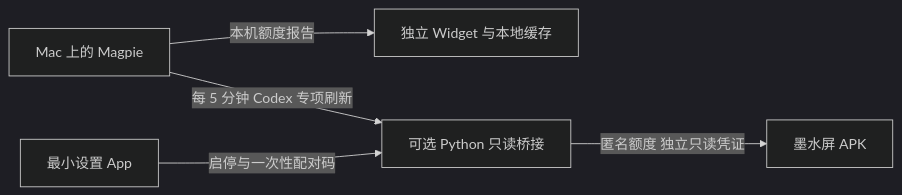
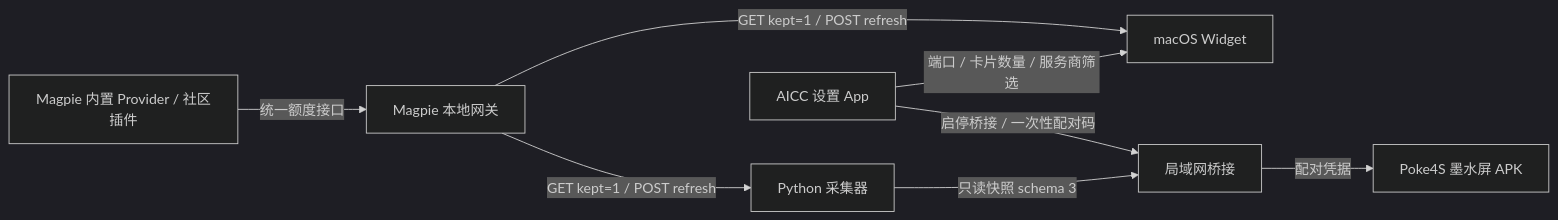
One commit to easonwong2026-del/AICC changed the diagram in docs/MAGPIE-MIGRATION.md. Above: the diagram before and after it, drawn with Mermaid (dark theme). The commit also changed other lines of this file and 44 other files, not shown here.

First line of the commit message:
feat: show every Magpie provider, not just Codex

````diff
--- a/docs/MAGPIE-MIGRATION.md
+++ b/docs/MAGPIE-MIGRATION.md
@@ -40,7 +43,10 @@
 ```mermaid
 flowchart LR
-  M[Mac 上的 Magpie] -->|本机额度报告| W[独立 Widget 与本地缓存]
-  M -->|每 5 分钟 Codex 专项刷新| B[可选 Python 只读桥接]
-  S[最小设置 App] -->|启停与一次性配对码| B
-  B -->|匿名额度 独立只读凭证| A[墨水屏 APK]
+  P[Magpie 内置 Provider / 社区插件] -->|统一额度接口| M[Magpie 本地网关]
+  M -->|GET kept=1 / POST refresh| W[macOS Widget]
+  M -->|GET kept=1 / POST refresh| C[Python 采集器]
+  C -->|只读快照 schema 3| B[局域网桥接]
+  B -->|配对凭据| A[Poke4S 墨水屏 APK]
+  S[AICC 设置 App] -->|端口 / 卡片数量 / 服务商筛选| W
+  S -->|启停桥接 / 一次性配对码| B
 ```
````
